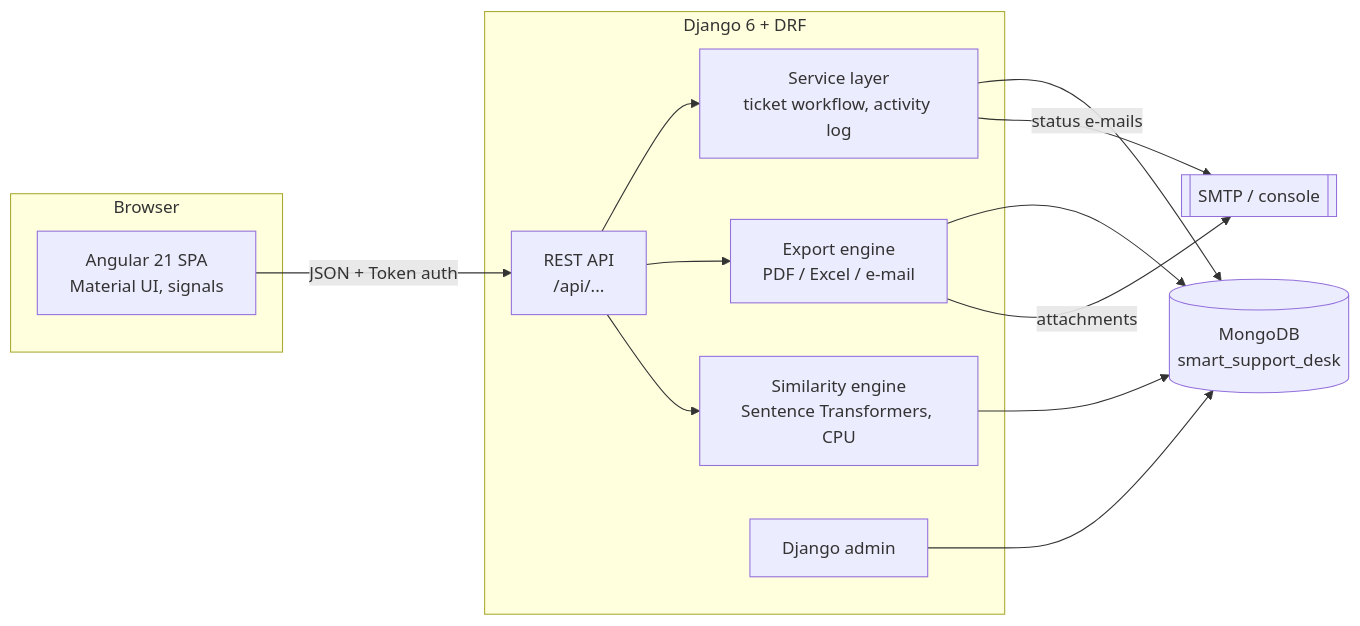
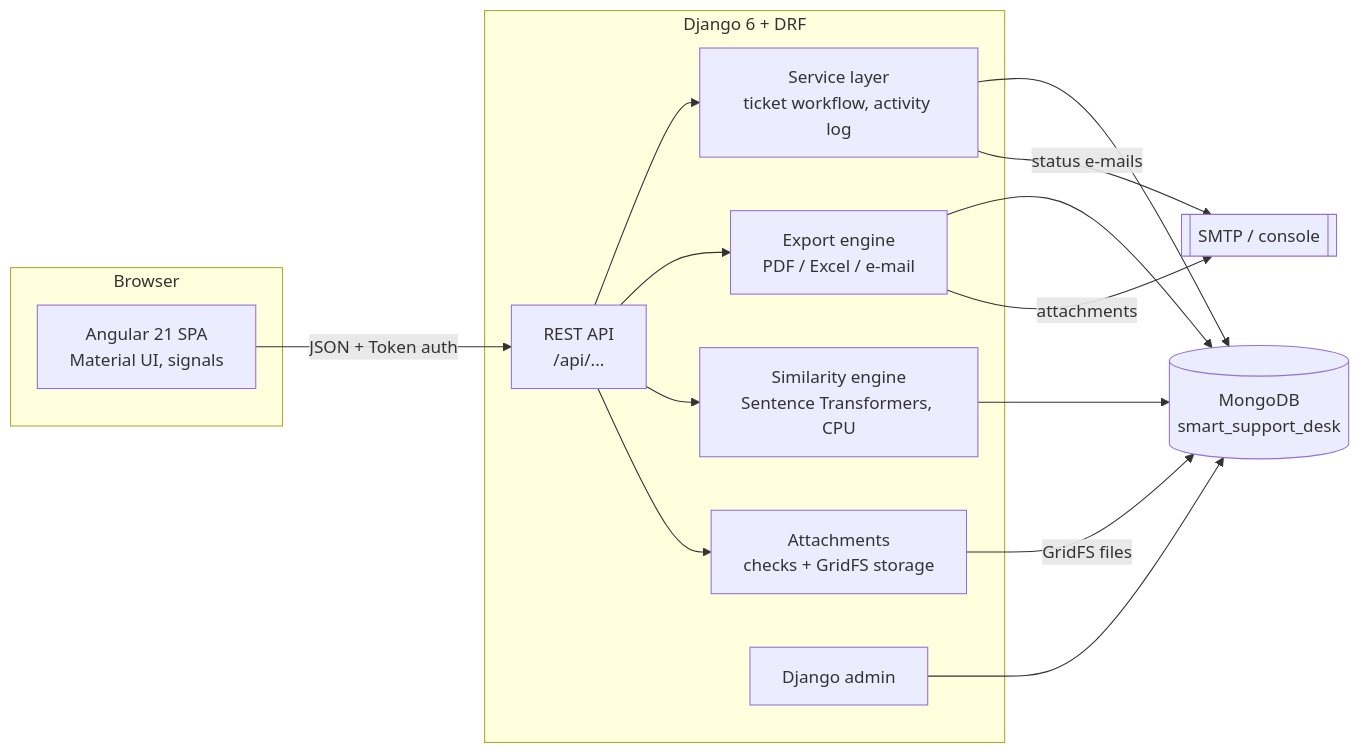
The first of 3 diagrams in README.md (arunsanjeevms/Smart-Support-Desk), drawn with Mermaid before and after one commit. The commit also changed other lines of this file and 6 other files, not shown here.

````diff
--- a/README.md
+++ b/README.md
@@ -261,26 +273,29 @@
 ```mermaid
 flowchart LR
     subgraph Browser
         A[Angular 21 SPA<br/>Material UI, signals]
     end
     subgraph Backend["Django 6 + DRF"]
         B[REST API<br/>/api/...]
         S[Service layer<br/>ticket workflow, activity log]
         X[Export engine<br/>PDF / Excel / e-mail]
         AI[Similarity engine<br/>Sentence Transformers, CPU]
+        F[Attachments<br/>checks + GridFS storage]
         ADM[Django admin]
     end
     DB[(MongoDB<br/>smart_support_desk)]
     MAIL[[SMTP / console]]
 
     A -- "JSON + Token auth" --> B
     B --> S
     B --> X
     B --> AI
+    B --> F
     AI --> DB
+    F -- "GridFS files" --> DB
     S --> DB
     X --> DB
     ADM --> DB
     X -- attachments --> MAIL
     S -- status e-mails --> MAIL
 ```
````
